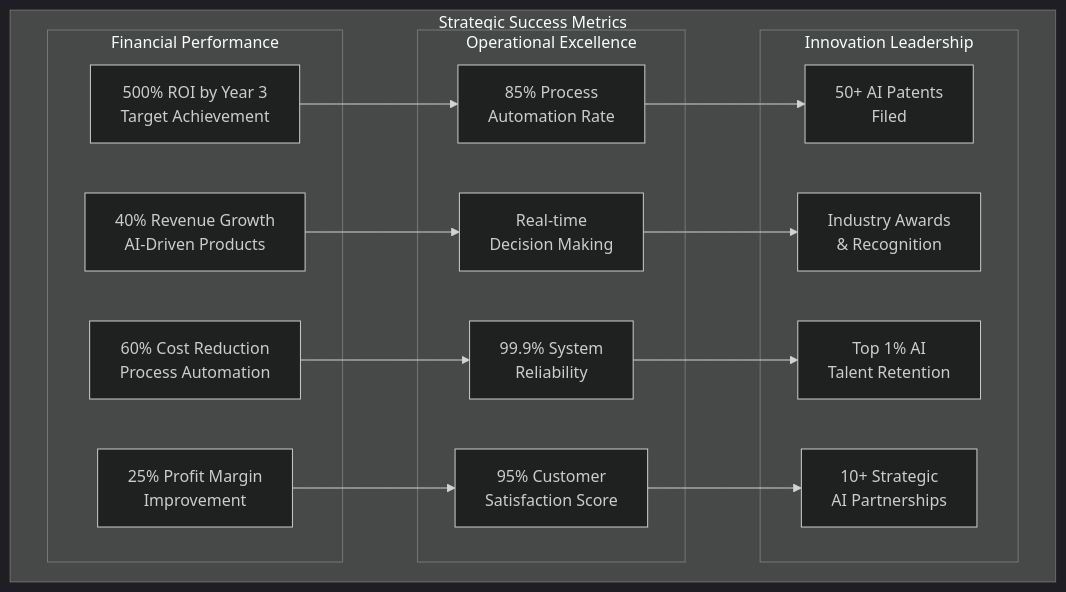
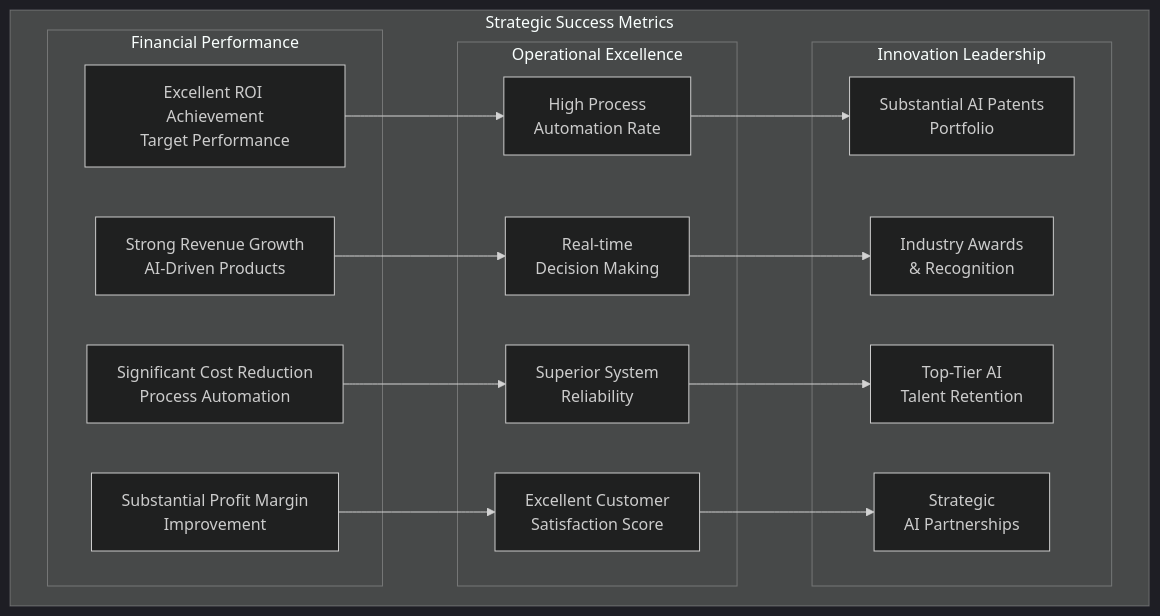
One commit to calvinlee999/react_next_java_journey changed the tenth of 11 diagrams in EXECUTIVE_PRESENTATION_STRATEGIC_AI_PLATFORM.md. Above: the diagram before and after it, drawn with Mermaid (dark theme). The commit also changed other lines of this file and 13 other files, not shown here.

First line of the commit message:
feat: Complete Level 0 AI Platform Architecture for FinTech Evolution

````diff
--- a/EXECUTIVE_PRESENTATION_STRATEGIC_AI_PLATFORM.md
+++ b/EXECUTIVE_PRESENTATION_STRATEGIC_AI_PLATFORM.md
@@ -425,30 +425,30 @@
 ```mermaid
 graph TB
     subgraph "Strategic Success Metrics"
         subgraph "Financial Performance"
-            ROI[500% ROI by Year 3<br/>Target Achievement]
-            REVENUE[40% Revenue Growth<br/>AI-Driven Products]
-            COST[60% Cost Reduction<br/>Process Automation]
-            PROFIT[25% Profit Margin<br/>Improvement]
+            ROI[Excellent ROI Achievement<br/>Target Performance]
+            REVENUE[Strong Revenue Growth<br/>AI-Driven Products]
+            COST[Significant Cost Reduction<br/>Process Automation]
+            PROFIT[Substantial Profit Margin<br/>Improvement]
         end
         
         subgraph "Operational Excellence"
-            EFFICIENCY[85% Process<br/>Automation Rate]
+            EFFICIENCY[High Process<br/>Automation Rate]
             SPEED[Real-time<br/>Decision Making]
-            QUALITY[99.9% System<br/>Reliability]
-            SATISFACTION[95% Customer<br/>Satisfaction Score]
+            QUALITY[Superior System<br/>Reliability]
+            SATISFACTION[Excellent Customer<br/>Satisfaction Score]
         end
         
         subgraph "Innovation Leadership"
-            PATENTS[50+ AI Patents<br/>Filed]
+            PATENTS[Substantial AI Patents<br/>Portfolio]
             RECOGNITION[Industry Awards<br/>& Recognition]
-            TALENT[Top 1% AI<br/>Talent Retention]
-            PARTNERSHIPS[10+ Strategic<br/>AI Partnerships]
+            TALENT[Top-Tier AI<br/>Talent Retention]
+            PARTNERSHIPS[Strategic<br/>AI Partnerships]
         end
     end
     
     ROI --> EFFICIENCY --> PATENTS
     REVENUE --> SPEED --> RECOGNITION
     COST --> QUALITY --> TALENT
     PROFIT --> SATISFACTION --> PARTNERSHIPS
 ```
````
